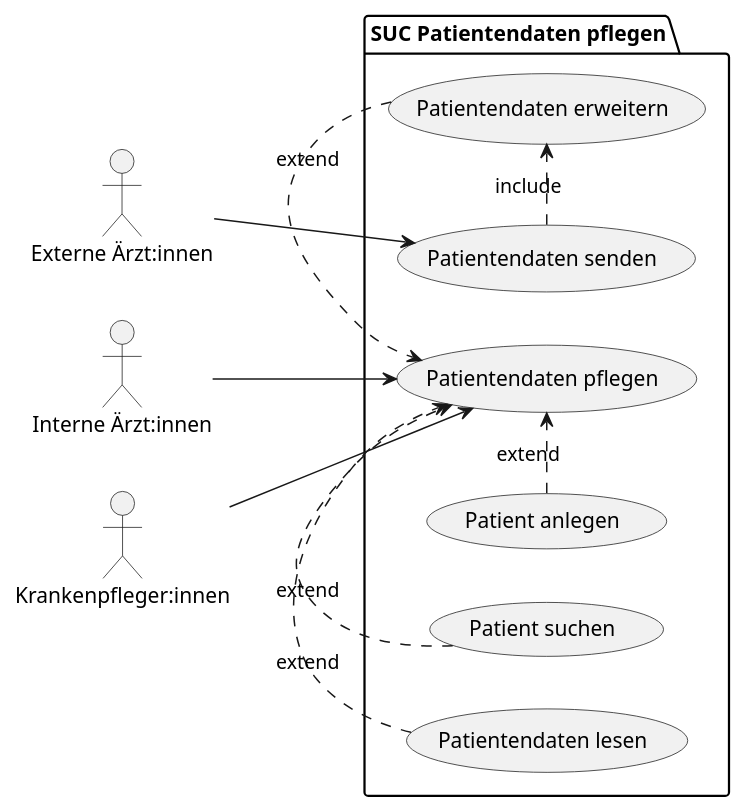
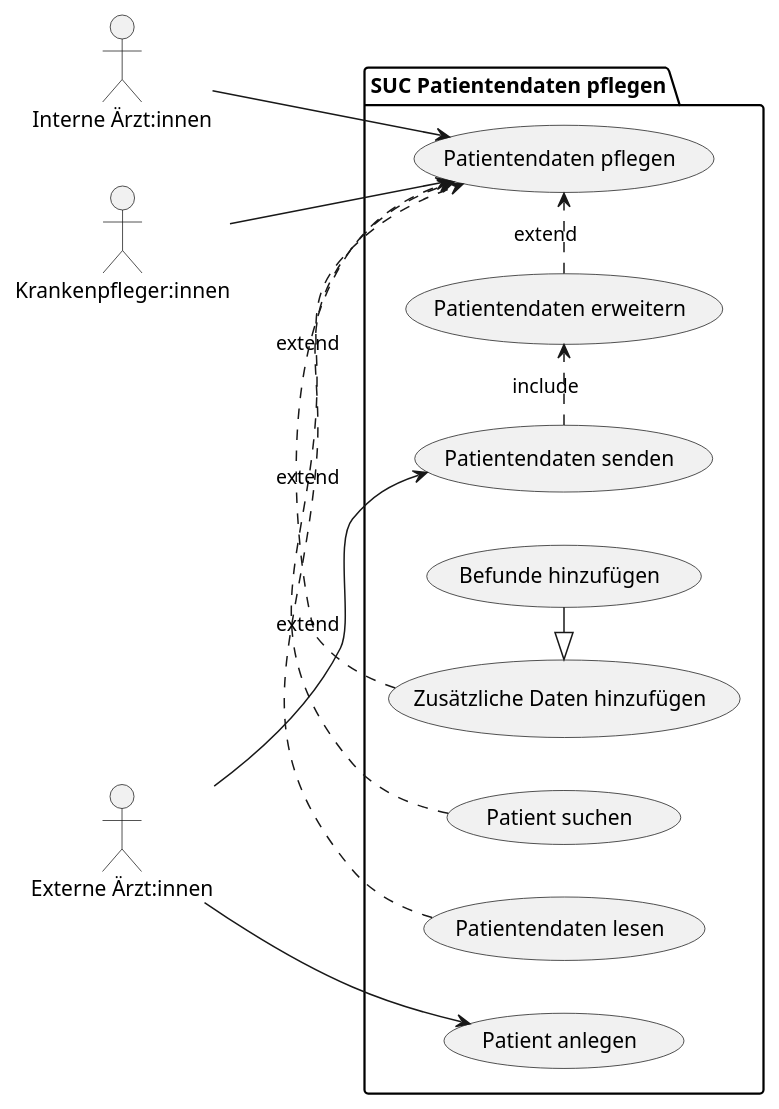
One commit to helenlaible/ss23-kba-project changed the first of 8 diagrams in docs/2_planning/2_system_use_cases.md. Above: the diagram before and after it, drawn with PlantUML.

````diff
--- a/docs/2_planning/2_system_use_cases.md
+++ b/docs/2_planning/2_system_use_cases.md
@@ -5,29 +5,34 @@
 ```plantuml Patientendaten pflegen
 @startuml
 left to right direction
 actor "Interne Ärzt:innen" as int_docs
 actor "Externe Ärzt:innen" as ext_docs
 actor "Krankenpfleger:innen" as nurse
 
 
 package "SUC Patientendaten pflegen" {
   usecase "Patientendaten pflegen" as UC1
   usecase "Patientendaten erweitern" as UC2
   usecase "Patient suchen" as UC3
   usecase "Patientendaten lesen" as UC4
   usecase "Patient anlegen" as UC5
   usecase "Patientendaten senden" as UC6
+  usecase "Zusätzliche Daten hinzufügen" as UC7
+  usecase "Befunde hinzufügen" as UC8
 }
 
 int_docs --> UC1
 ext_docs --> UC6
+ext_docs-->UC5
 nurse-->UC1
 
 (UC2).>(UC1) : extend
 (UC3).>(UC1) : extend
 (UC4).>(UC1) : extend
-(UC5).>(UC1) : extend
+(UC7).>(UC1):extend
 
 (UC6).>(UC2) : include
+
+ UC8 -left-|> UC7 
 @enduml
 ```
````
